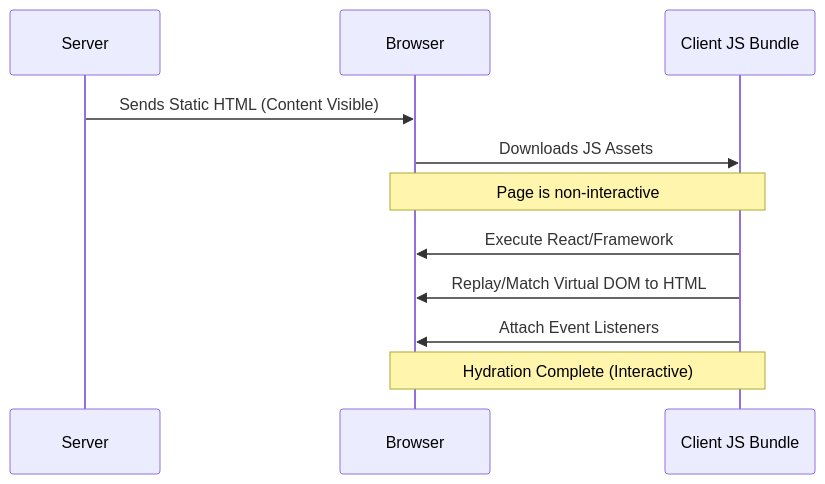
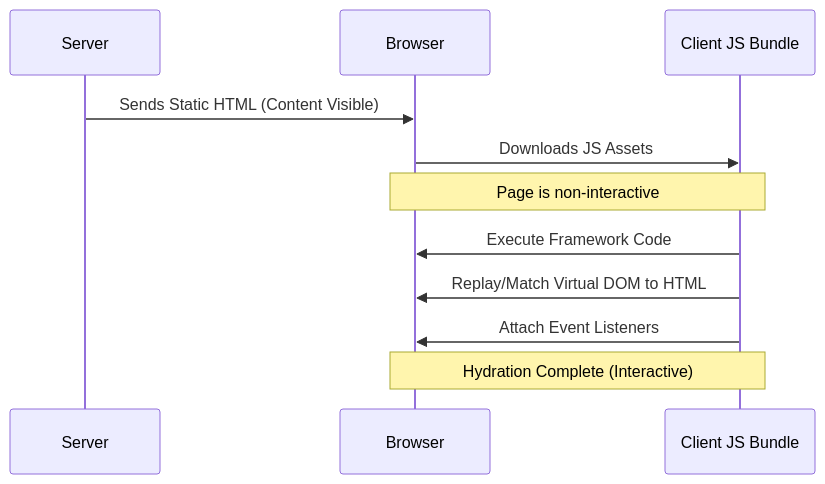
Before and after one commit to prakharp18/fdsheet: the diagram in docs/frontend/hydration.md, drawn with Mermaid. The commit also changed other lines of this file and 18 other files, not shown here.

````diff
--- a/docs/frontend/hydration.md
+++ b/docs/frontend/hydration.md
@@ -18,14 +23,14 @@
 ```mermaid
 sequenceDiagram
     participant S as Server
     participant B as Browser
     participant JS as Client JS Bundle
 
     S->>B: Sends Static HTML (Content Visible)
     B->>JS: Downloads JS Assets
     Note over B,JS: Page is non-interactive
-    JS->>B: Execute React/Framework
+    JS->>B: Execute Framework Code
     JS->>B: Replay/Match Virtual DOM to HTML
     JS->>B: Attach Event Listeners
     Note over B,JS: Hydration Complete (Interactive)
 ```
````
